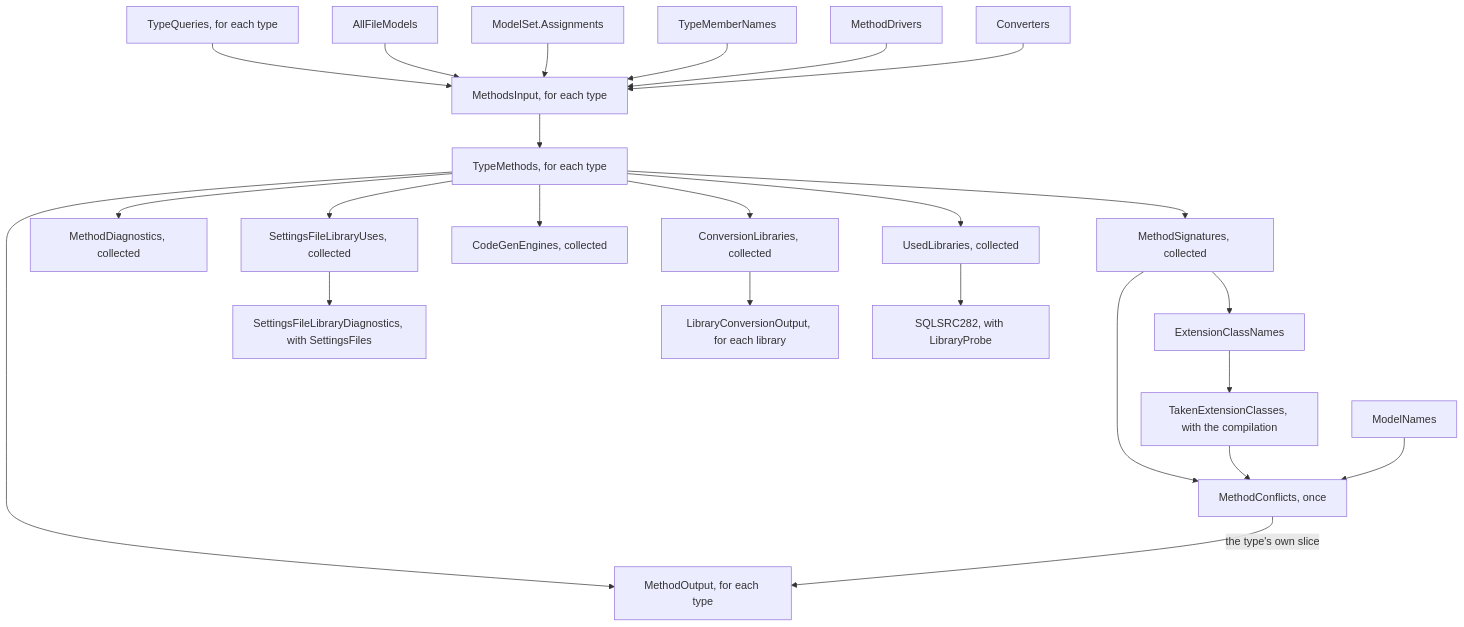
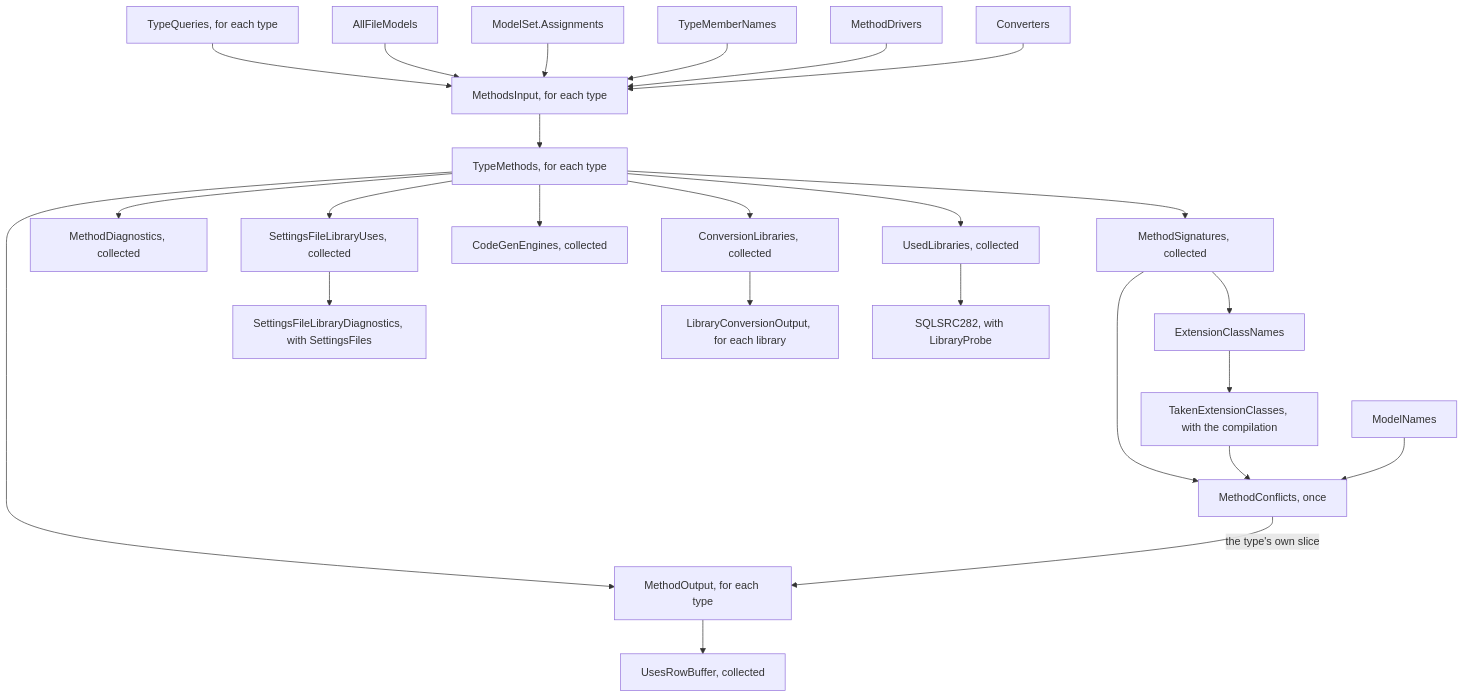
The third of 3 diagrams in docs/architecture/generator.md (mbcrawfo/SqlSource), drawn with Mermaid before and after one commit. The commit also changed other lines of this file and 150 other files, not shown here.

````diff
--- a/docs/architecture/generator.md
+++ b/docs/architecture/generator.md
@@ -574,26 +583,27 @@
 ```mermaid
 flowchart TD
     typeQueries["TypeQueries, for each type"] --> input["MethodsInput, for each type"]
     all["AllFileModels"] --> input
     assignments["ModelSet.Assignments"] --> input
     names["TypeMemberNames"] --> input
     drivers["MethodDrivers"] --> input
     converters["Converters"] --> input
     input --> plan["TypeMethods, for each type"]
     plan --> signatures["MethodSignatures, collected"]
     signatures --> classes["ExtensionClassNames"]
     classes --> taken["TakenExtensionClasses, with the compilation"]
     signatures --> conflicts["MethodConflicts, once"]
     taken --> conflicts
     modelNames["ModelNames"] --> conflicts
     plan --> output["MethodOutput, for each type"]
     conflicts -->|"the type's own slice"| output
+    output --> rowBuffer["UsesRowBuffer, collected"]
     plan --> diagnostics["MethodDiagnostics, collected"]
     plan --> libraryUses["SettingsFileLibraryUses, collected"]
     libraryUses --> located["SettingsFileLibraryDiagnostics, with SettingsFiles"]
     plan --> engines["CodeGenEngines, collected"]
     plan --> libraries["ConversionLibraries, collected"]
     libraries --> conversions["LibraryConversionOutput, for each library"]
     plan --> used["UsedLibraries, collected"]
     used --> floor["SQLSRC282, with LibraryProbe"]
 ```
````
